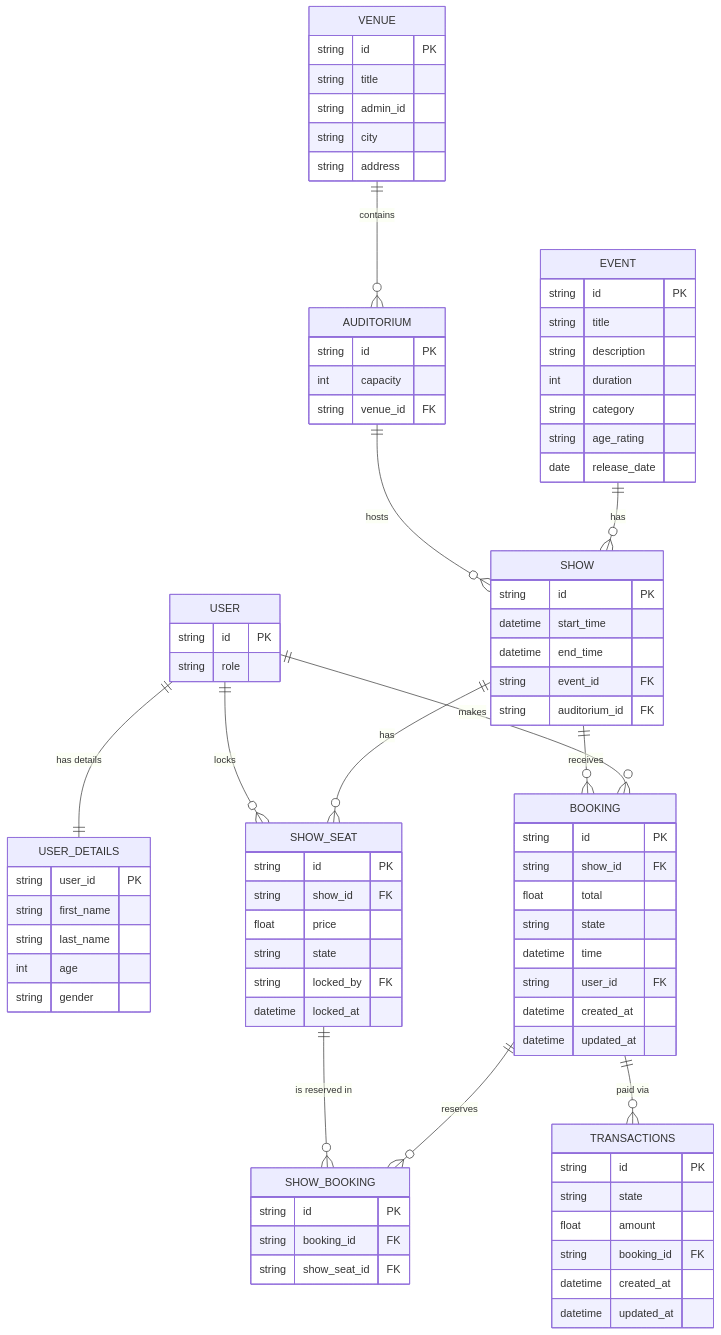
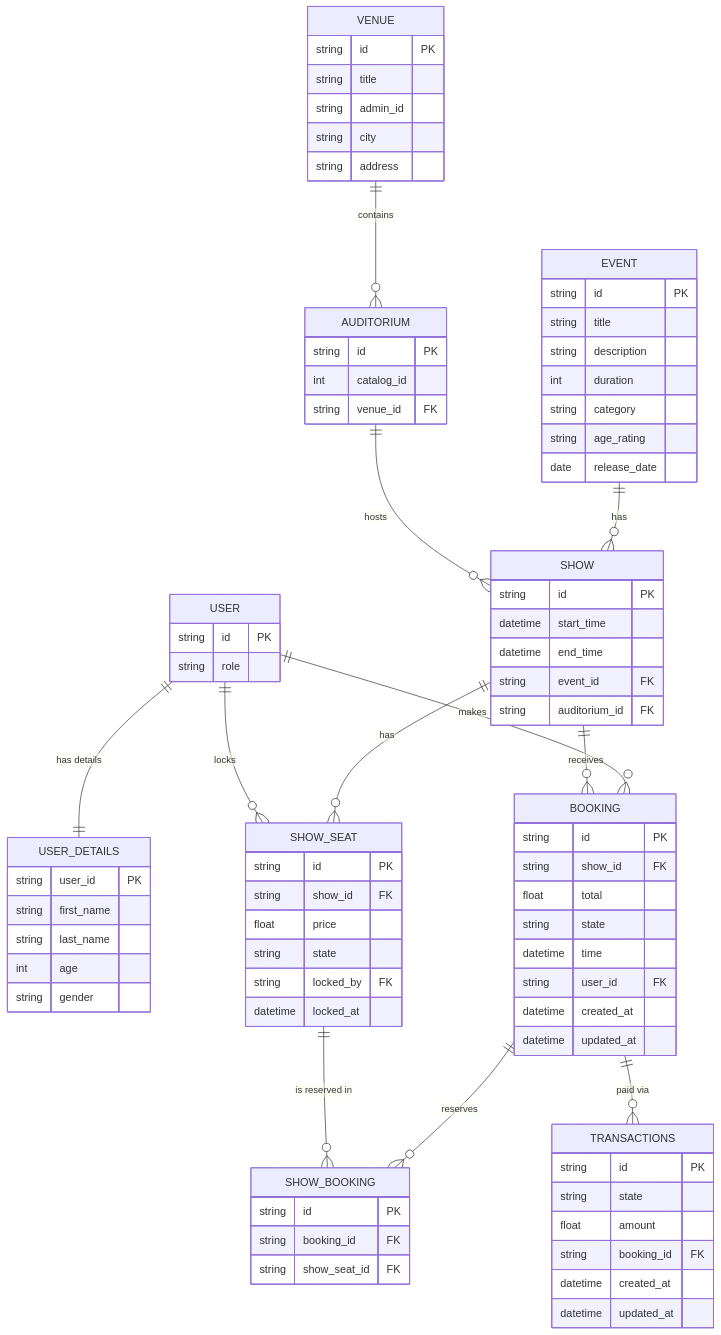
The diagram in docs/lld/ERD.md (jaydeepsahu1609/BookMySeat), drawn with Mermaid before and after one commit. The commit also changed 5 other files, not shown here.

First line of the commit message:
refactor(show-service): rename capacity to catalog_id in Auditorium

```diff
--- a/docs/lld/ERD.md
+++ b/docs/lld/ERD.md
@@ -32,7 +32,7 @@
 
     AUDITORIUM {
         string id PK
-        int capacity
+        int catalog_id
         string venue_id FK
     }
 
```
